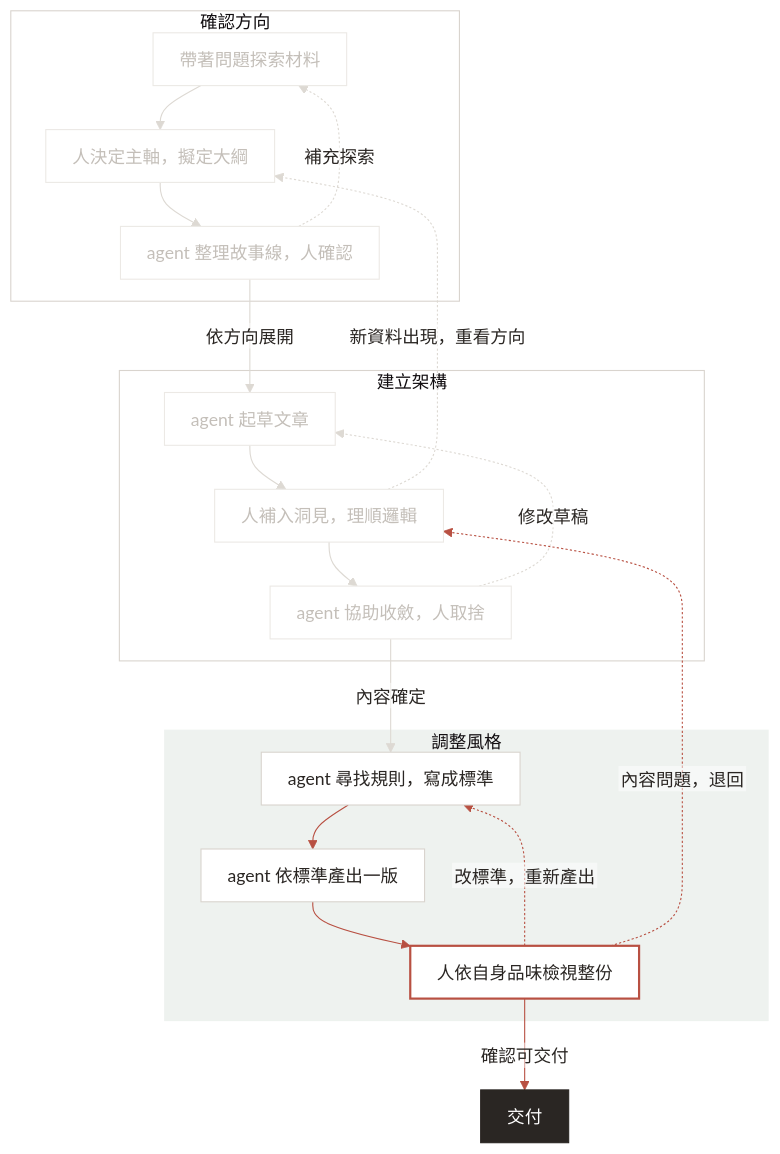
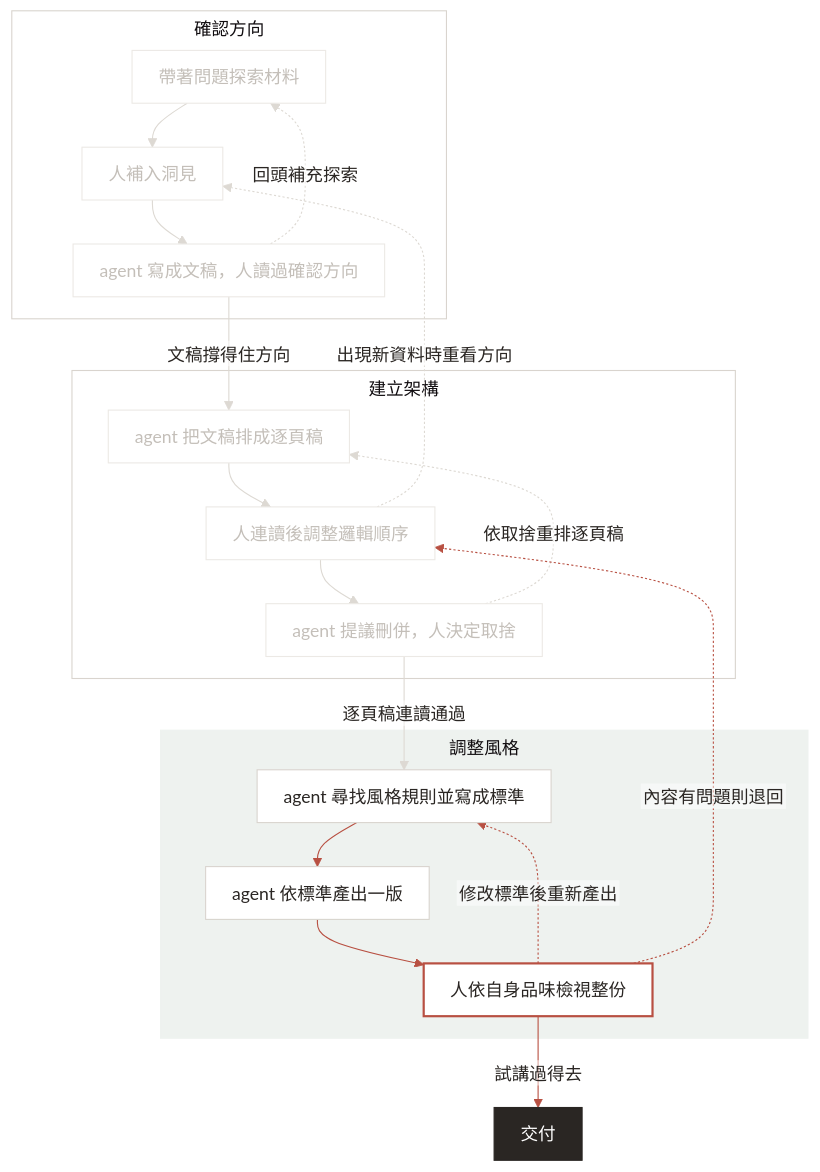
One commit to jimmy60504/agentic-knowledge-work changed the diagram in assets/week2-diagrams/three-loops-h3.mmd. Above: the diagram before and after it, drawn with Mermaid. The commit also changed 13 other files, not shown here.

```diff
--- a/assets/week2-diagrams/three-loops-h3.mmd
+++ b/assets/week2-diagrams/three-loops-h3.mmd
@@ -1,34 +1,34 @@
-%%{init: {"theme": "base", "themeVariables": {"fontFamily": "PingFang TC, sans-serif", "fontSize": "16px", "primaryColor": "#FFFFFF", "primaryTextColor": "#2A2623", "primaryBorderColor": "#D9D4CE", "lineColor": "#6B6560", "clusterBkg": "#EEF2EF", "clusterBorder": "#EEF2EF", "edgeLabelBackground": "#FFFFFF", "tertiaryColor": "#EEF2EF"}, "flowchart": {"htmlLabels": false, "curve": "basis", "nodeSpacing": 30, "rankSpacing": 40, "padding": 12}}}%%
+%%{init: {"theme": "base", "themeVariables": {"fontFamily": "PingFang TC, sans-serif", "fontSize": "16px", "primaryColor": "#FFFFFF", "primaryTextColor": "#2A2623", "primaryBorderColor": "#D9D4CE", "lineColor": "#6B6560", "clusterBkg": "#EEF2EF", "clusterBorder": "#EEF2EF", "edgeLabelBackground": "#FFFFFF", "tertiaryColor": "#EEF2EF"}, "flowchart": {"htmlLabels": false, "curve": "basis", "nodeSpacing": 30, "rankSpacing": 40, "padding": 12, "wrappingWidth": 280, "subGraphTitleMargin": {"top": 6, "bottom": 10}}}}%%
 flowchart TD
     subgraph L1["確認方向"]
-        A["帶著問題探索材料"] --> B["人決定主軸，擬定大綱"]
-        B --> C["agent 整理故事線，人確認"]
-        C -. 補充探索 .-> A
+        A["帶著問題探索材料"] --> B["人補入洞見"]
+        B --> C["agent 寫成文稿，人讀過確認方向"]
+        C -. 回頭補充探索 .-> A
     end
-    C -->|依方向展開| D
+    C -->|文稿撐得住方向| D
     subgraph L2["建立架構"]
-        D["agent 起草文章"] --> E["人補入洞見，理順邏輯"]
-        E --> F["agent 協助收斂，人取捨"]
-        F -. 修改草稿 .-> D
+        D["agent 把文稿排成逐頁稿"] --> E["人連讀後調整邏輯順序"]
+        E --> F["agent 提議刪併，人決定取捨"]
+        F -. 依取捨重排逐頁稿 .-> D
     end
-    E -. 新資料出現，重看方向 .-> B
-    F -->|內容確定| K
+    E -. 出現新資料時重看方向 .-> B
+    F -->|逐頁稿連讀通過| K
     subgraph L3["調整風格"]
-        K["agent 尋找規則，寫成標準"] --> I["agent 依標準產出一版"]
+        K["agent 尋找風格規則並寫成標準"] --> I["agent 依標準產出一版"]
         I --> J["人依自身品味檢視整份"]
-        J -. 改標準，重新產出 .-> K
+        J -. 修改標準後重新產出 .-> K
     end
-    J -. 內容問題，退回 .-> E
-    J -->|確認可交付| L["交付"]
+    J -. 內容有問題則退回 .-> E
+    J -->|試講過得去| L["交付"]
     style A fill:#FFFFFF,stroke:#ECE9E5,color:#C4BFB9
     style B fill:#FFFFFF,stroke:#ECE9E5,color:#C4BFB9
     style C fill:#FFFFFF,stroke:#ECE9E5,color:#C4BFB9
     style D fill:#FFFFFF,stroke:#ECE9E5,color:#C4BFB9
     style E fill:#FFFFFF,stroke:#ECE9E5,color:#C4BFB9
     style F fill:#FFFFFF,stroke:#ECE9E5,color:#C4BFB9
     style L fill:#2A2623,color:#FFFFFF,stroke:#2A2623
     style L1 fill:#FFFFFF,stroke:#D9D4CE
     style L2 fill:#FFFFFF,stroke:#D9D4CE
     linkStyle 0,1,2,3,4,5,6,7,8 stroke:#DDD9D3
     linkStyle 9,10,11,12,13 stroke:#B85042
     style J stroke:#B85042,stroke-width:2px
```
